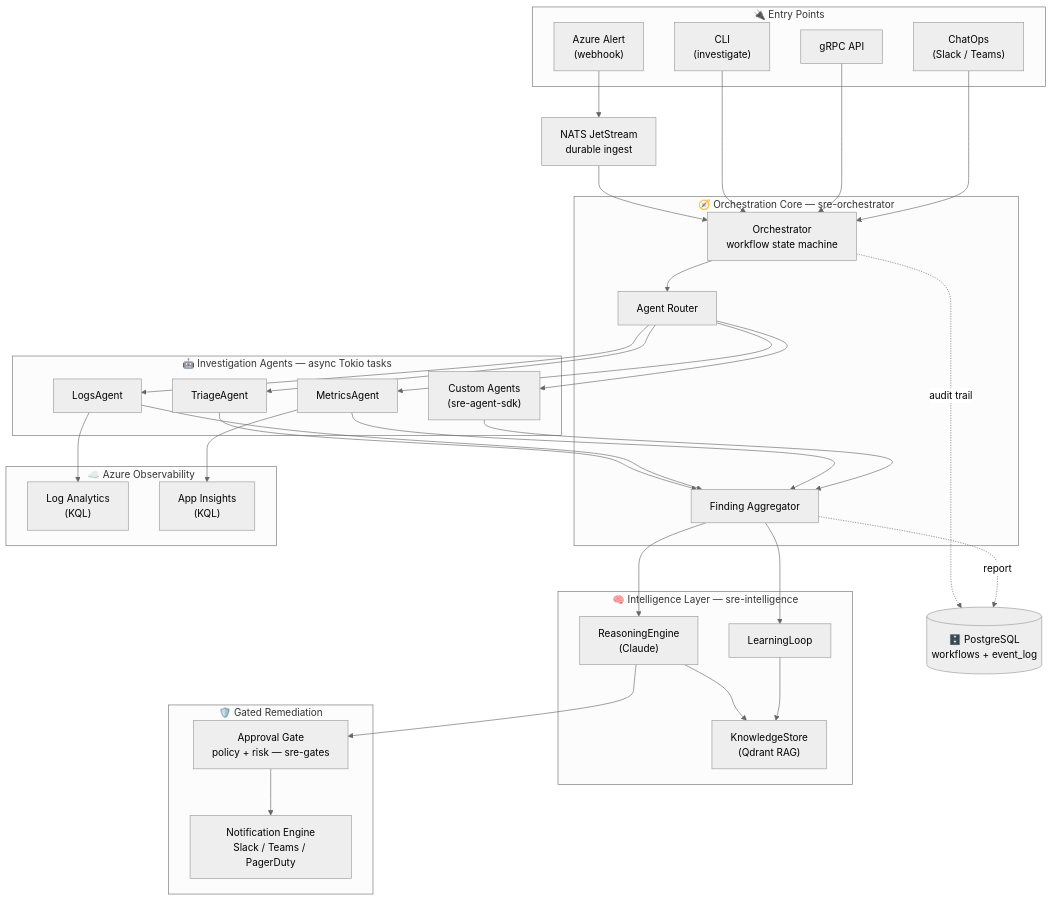
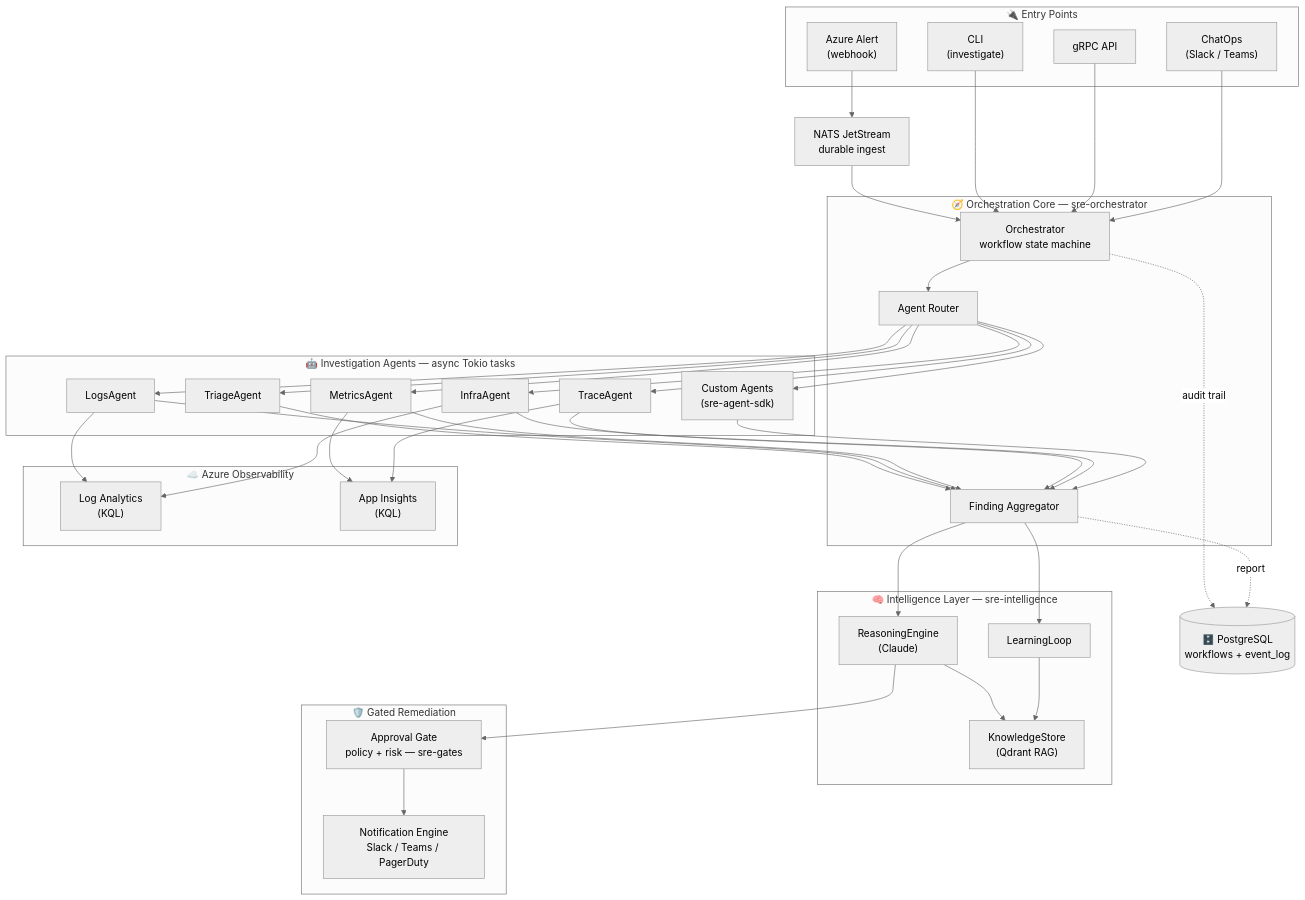
Before and after one commit to dimon2255/sre-ai-agents: the first of 2 diagrams in README.md, drawn with Mermaid (neutral theme). The commit also changed other lines of this file and 6 other files, not shown here.

````diff
--- a/README.md
+++ b/README.md
@@ -87,61 +87,65 @@
 ```mermaid
 flowchart TB
     subgraph Entry["🔌 Entry Points"]
         ALERT["Azure Alert<br/>(webhook)"]
         CLI["CLI<br/>(investigate)"]
         GRPC["gRPC API"]
         CHAT["ChatOps<br/>(Slack / Teams)"]
     end
 
     NATS["NATS JetStream<br/>durable ingest"]
 
     subgraph Core["🧭 Orchestration Core — sre-orchestrator"]
         ORCH["Orchestrator<br/>workflow state machine"]
         ROUTER["Agent Router"]
         AGG["Finding Aggregator"]
     end
 
     subgraph Agents["🤖 Investigation Agents — async Tokio tasks"]
         TRIAGE["TriageAgent"]
         LOGS["LogsAgent"]
         METRICS["MetricsAgent"]
+        TRACE["TraceAgent"]
+        INFRA["InfraAgent"]
         CUSTOM["Custom Agents<br/>(sre-agent-sdk)"]
     end
 
     subgraph Azure["☁️ Azure Observability"]
         LA["Log Analytics<br/>(KQL)"]
         AI["App Insights<br/>(KQL)"]
     end
 
     subgraph Intel["🧠 Intelligence Layer — sre-intelligence"]
         REASON["ReasoningEngine<br/>(Claude)"]
         KNOW["KnowledgeStore<br/>(Qdrant RAG)"]
         LEARN["LearningLoop"]
     end
 
     subgraph Remediation["🛡️ Gated Remediation"]
         GATE["Approval Gate<br/>policy + risk — sre-gates"]
         NOTIFY["Notification Engine<br/>Slack / Teams / PagerDuty"]
     end
 
     STORE[("🗄️ PostgreSQL<br/>workflows + event_log")]
 
     ALERT --> NATS --> ORCH
     CLI --> ORCH
     GRPC --> ORCH
     CHAT --> ORCH
 
     ORCH --> ROUTER
-    ROUTER --> TRIAGE & LOGS & METRICS & CUSTOM
+    ROUTER --> TRIAGE & LOGS & METRICS & TRACE & INFRA & CUSTOM
     LOGS --> LA
+    INFRA --> LA
     METRICS --> AI
+    TRACE --> AI
 
-    TRIAGE & LOGS & METRICS & CUSTOM --> AGG
+    TRIAGE & LOGS & METRICS & TRACE & INFRA & CUSTOM --> AGG
     AGG --> REASON
     REASON --> KNOW
     REASON --> GATE --> NOTIFY
     AGG --> LEARN --> KNOW
 
     ORCH -. audit trail .-> STORE
     AGG -. report .-> STORE
 ```
````
